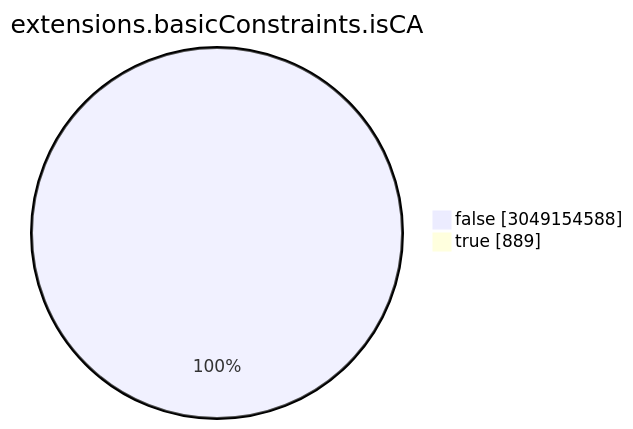
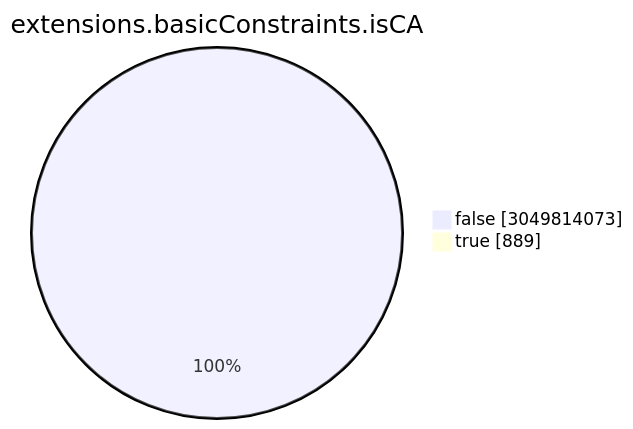
Before and after one commit to christiankrug/ctmonitor_visualization: the seventh of 15 diagrams in TOTAL/README.md, drawn with Mermaid. The commit also changed other lines of this file, not shown here.

````diff
--- a/TOTAL/README.md
+++ b/TOTAL/README.md
@@ -3088,6 +3088,6 @@
 ```mermaid
 pie showData
 title extensions.basicConstraints.isCA
-"false" :3049154588
+"false" :3049814073
 "true" :889
 ```
````
